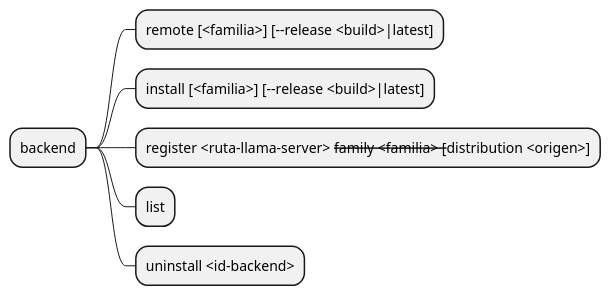
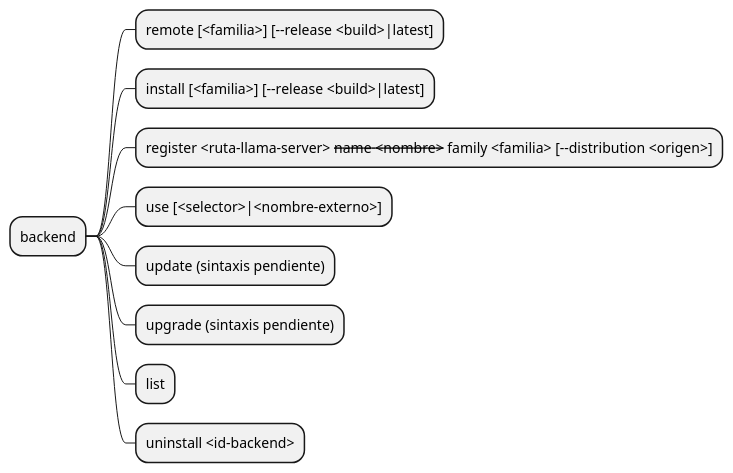
Before and after one commit to mstranich/coquena: the second of 8 diagrams in docs/comandos.md, drawn with PlantUML. The commit also changed other lines of this file and 11 other files, not shown here.

````diff
--- a/docs/comandos.md
+++ b/docs/comandos.md
@@ -72,10 +72,13 @@
 ```plantuml
 @startmindmap
 * backend
 ** remote [<familia>] [--release <build>|latest]
 ** install [<familia>] [--release <build>|latest]
-** register <ruta-llama-server> --family <familia> [--distribution <origen>]
+** register <ruta-llama-server> --name <nombre> --family <familia> [--distribution <origen>]
+** use [<selector>|<nombre-externo>]
+** update (sintaxis pendiente)
+** upgrade (sintaxis pendiente)
 ** list
 ** uninstall <id-backend>
 @endmindmap
 ```
````
